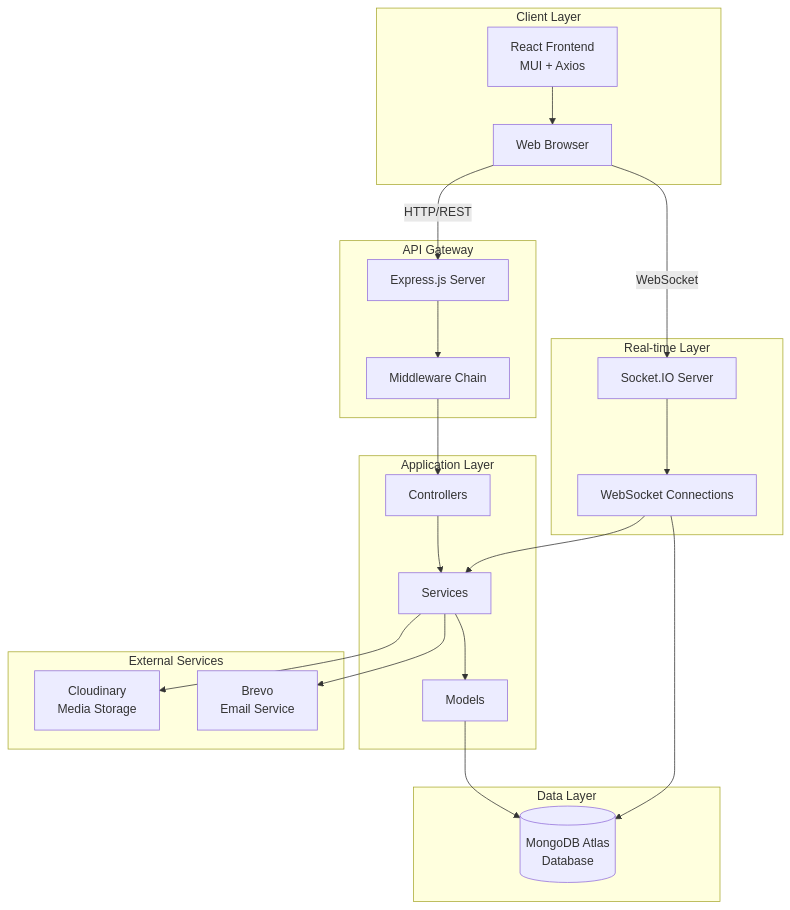
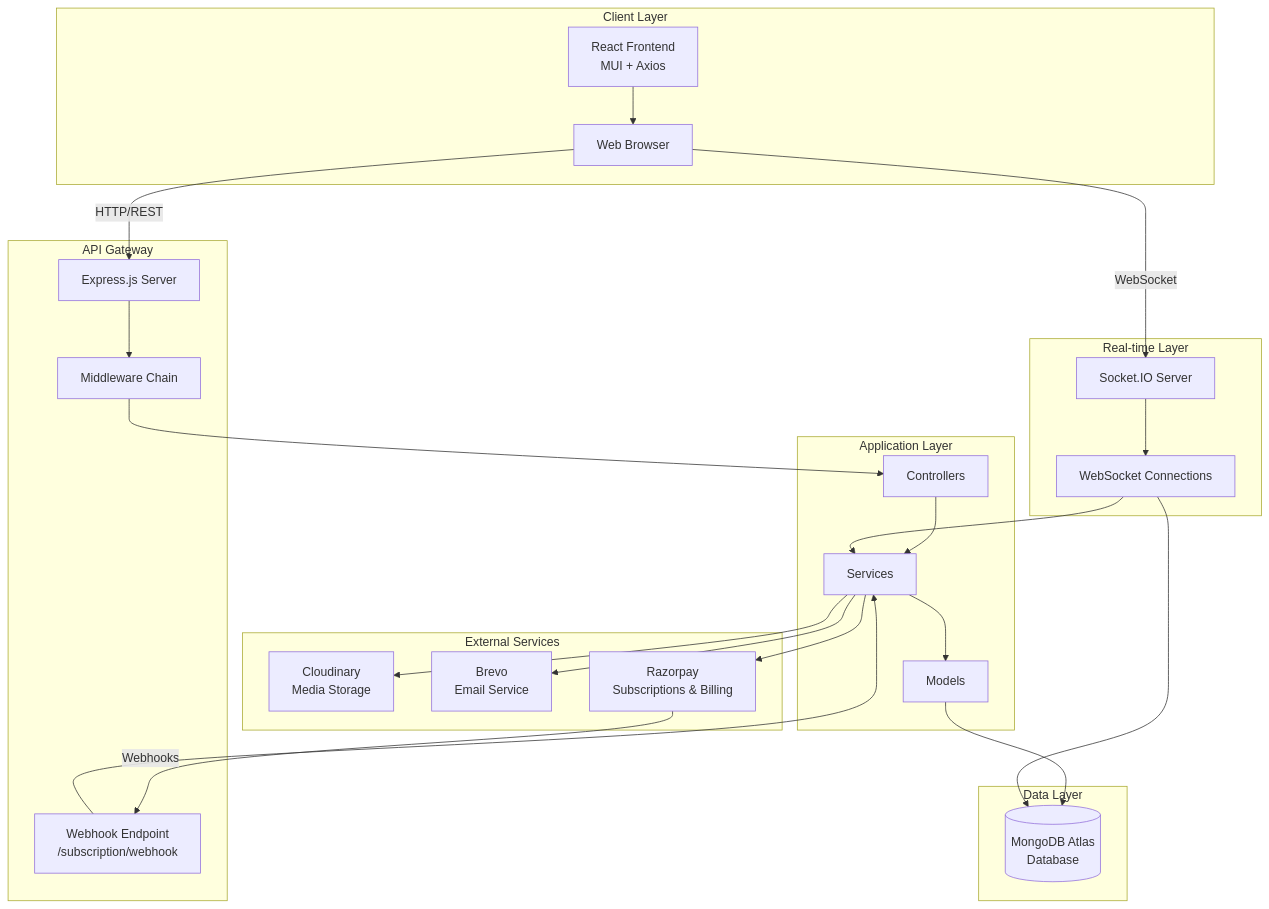
One commit to Jainam2204/IT-643 changed the first of 4 diagrams in docs/Design_Document.md. Above: the diagram before and after it, drawn with Mermaid. The commit also changed other lines of this file, not shown here.

Commit message:
Enhance design document with new features
Updated design document to include subscription management and external services.

````diff
--- a/docs/Design_Document.md
+++ b/docs/Design_Document.md
@@ -43,46 +44,58 @@
 ```mermaid
 graph TB
     subgraph "Client Layer"
         A[React Frontend<br/>MUI + Axios]
         A1[Web Browser]
     end
-    
+
     subgraph "API Gateway"
         B[Express.js Server]
         B1[Middleware Chain]
+        W[Webhook Endpoint<br/>/subscription/webhook]
     end
-    
+
     subgraph "Application Layer"
         C[Controllers]
         C1[Services]
         C2[Models]
     end
-    
+
     subgraph "Real-time Layer"
         D[Socket.IO Server]
         D1[WebSocket Connections]
     end
-    
+
     subgraph "Data Layer"
         E[(MongoDB Atlas<br/>Database)]
     end
-    
+
     subgraph "External Services"
         F[Cloudinary<br/>Media Storage]
         G[Brevo<br/>Email Service]
+        R[Razorpay<br/>Subscriptions & Billing]
     end
-    
+
     A --> A1
     A1 -->|HTTP/REST| B
     A1 -->|WebSocket| D
+
     B --> B1
     B1 --> C
+
     C --> C1
     C1 --> C2
     C2 --> E
+
     C1 --> F
     C1 --> G
+    C1 --> R
+
+    R -->|Webhooks| W
+    W --> C1
+
     D --> D1
     D1 --> C1
     D1 --> E
+
+
 ```
````
